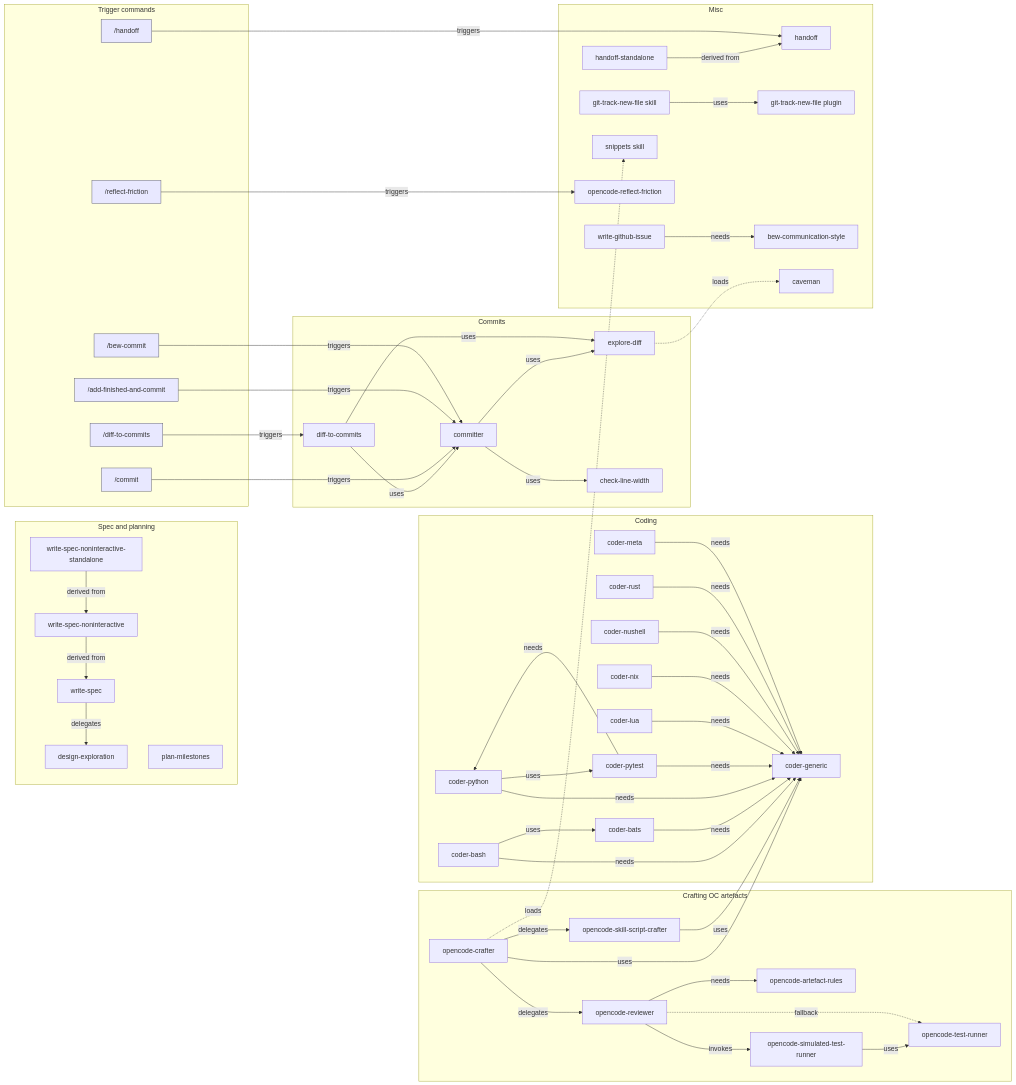
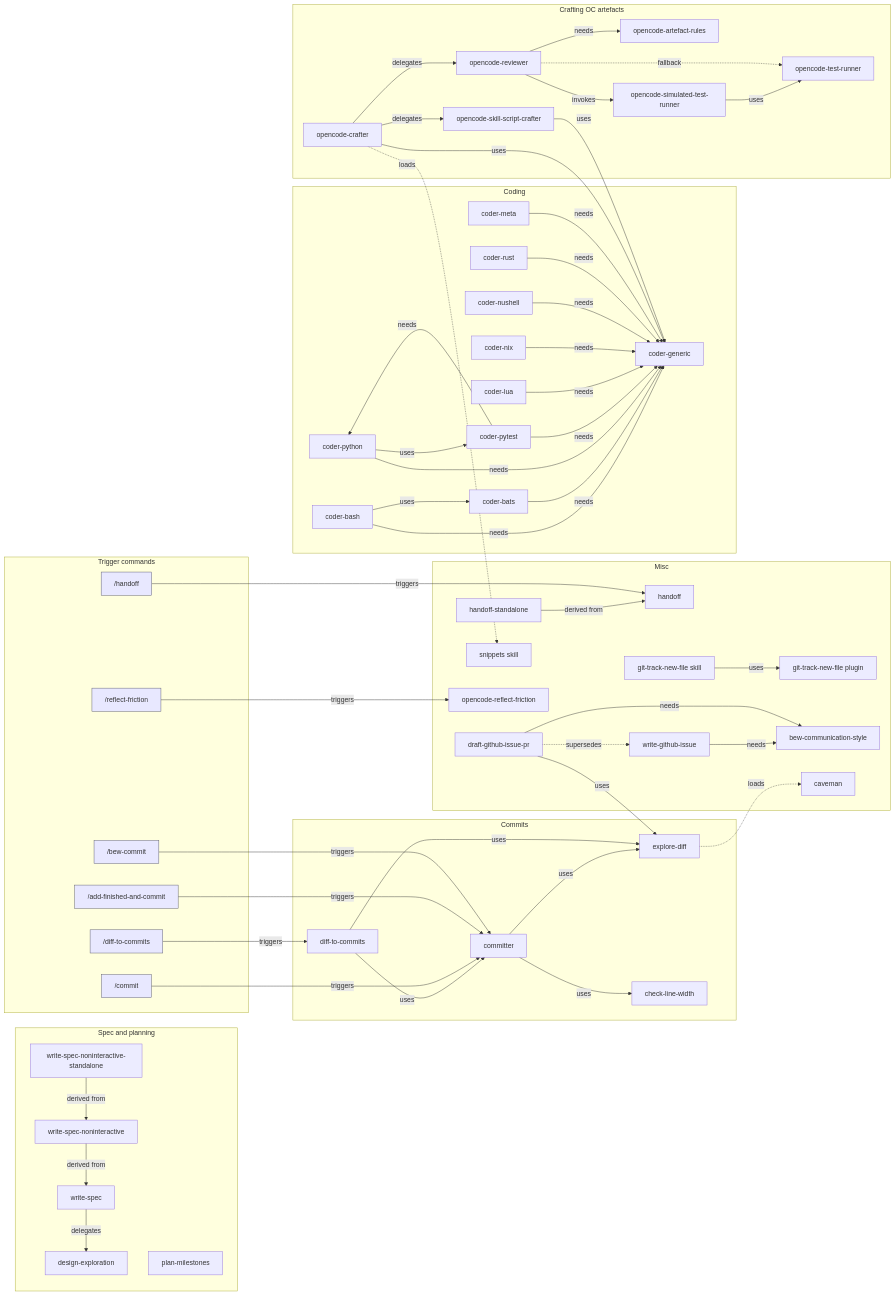
One commit to bew/dotfiles changed the diagram in opencode/MY_AI_STUFF.md. Above: the diagram before and after it, drawn with Mermaid. The commit also changed other lines of this file and 12 other files, not shown here.

First line of the commit message:
oc(gh): Supersede write-github-issue with phased PR/issue drafter

```diff
--- a/opencode/MY_AI_STUFF.md
+++ b/opencode/MY_AI_STUFF.md
@@ -236,6 +243,7 @@
     git_track_skill["git-track-new-file skill"]
     git_track_plug["git-track-new-file plugin"]
     github_issue["write-github-issue"]
+    draft_gh["draft-github-issue-pr"]
     bew_comm_style["bew-communication-style"]
     cav["caveman"]
     snippets["snippets skill"]
@@ -243,6 +251,9 @@
     handoff_std -->|derived from| handoff
     git_track_skill -->|uses| git_track_plug
     github_issue -->|needs| bew_comm_style
+    draft_gh -->|needs| bew_comm_style
+    draft_gh -->|uses| explore_diff
+    draft_gh -. supersedes .-> github_issue
     explore_diff -. loads .-> cav
     oc_crafter -. loads .-> snippets
   end
```
